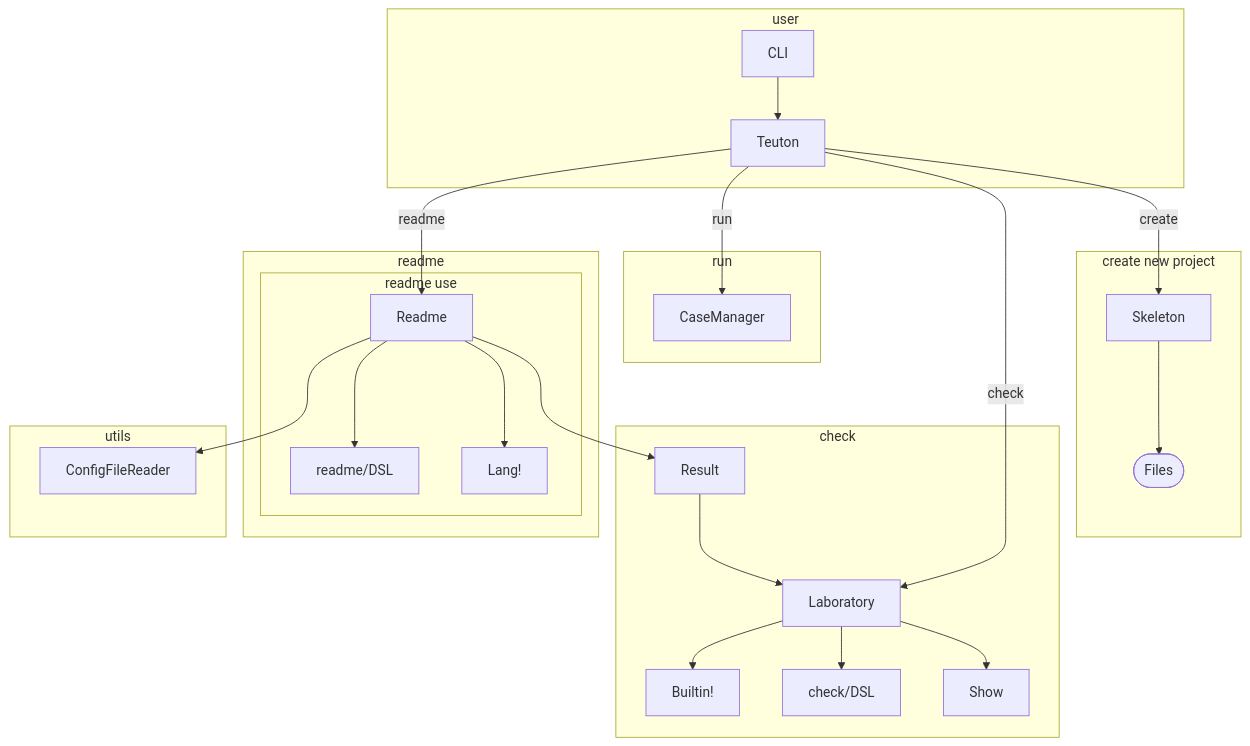
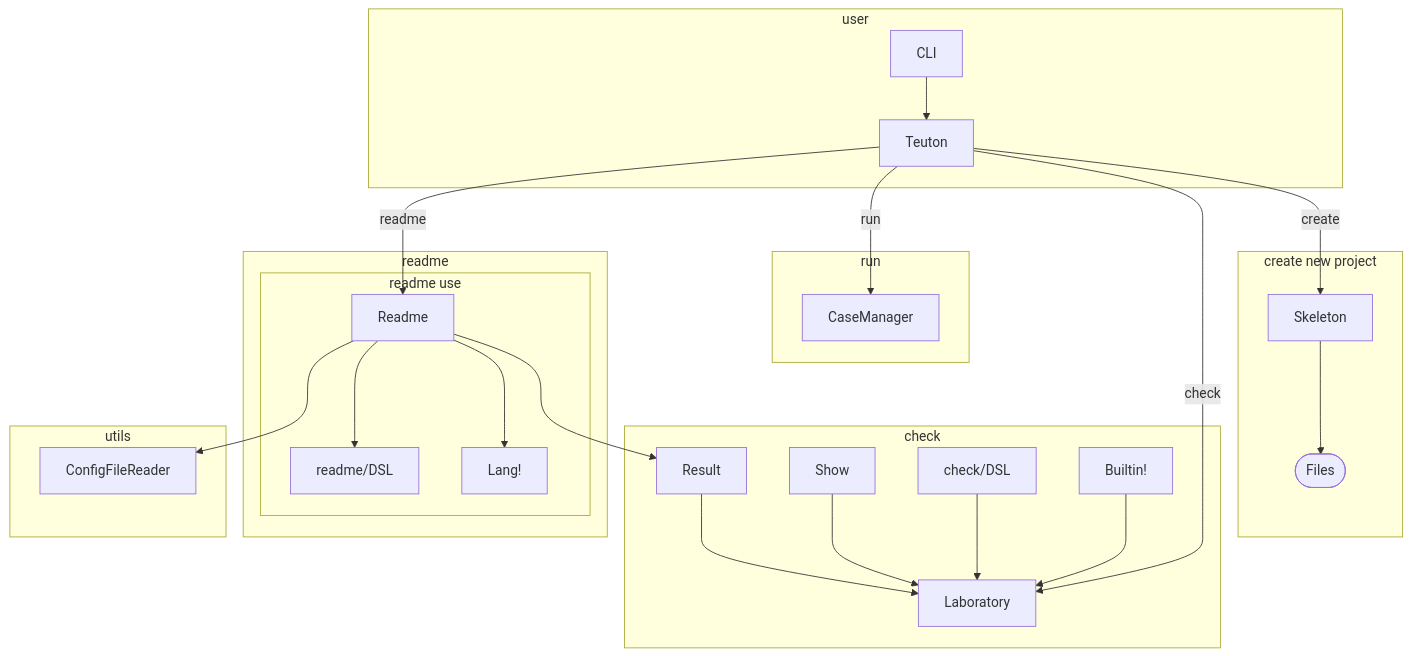
The diagram in docs/diagram.md (teuton-software/teuton), drawn with Mermaid before and after one commit.

````diff
--- a/docs/diagram.md
+++ b/docs/diagram.md
@@ -5,39 +5,39 @@
 ```mermaid
 flowchart TB
 
 subgraph user
   CLI --> Teuton
 end
 
 subgraph "create new project"
   Teuton -- create --> Skeleton
   Skeleton --> Files([Files])
 end
 
 subgraph check
   Teuton -- check --> Laboratory
 
-  Laboratory --> Builtin!
-  Laboratory --> check/DSL
-  Laboratory --> Show  
+  Builtin! --> Laboratory
+  check/DSL --> Laboratory
+  Show --> Laboratory  
   Result --> Laboratory
 end
 
 subgraph run
   Teuton -- run --> CaseManager
 end
 
 subgraph readme
   Teuton -- readme --> Readme
 
   subgraph "readme use"
     Readme --> readme/DSL
     Readme --> Lang!  
   end
 end
 
 subgraph utils
   Readme --> ConfigFileReader
   Readme --> Result
 end
 ```
````
